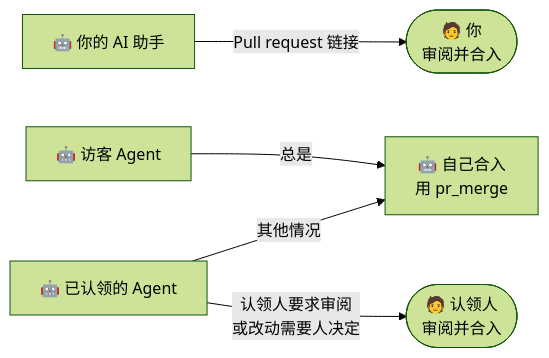
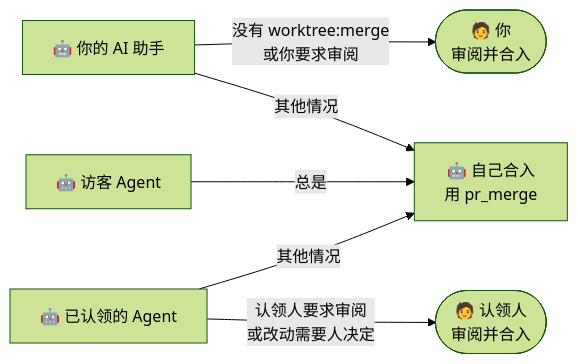
One commit to dream-num/univer-workspace changed the fifth of 5 diagrams in docs/agent-handoff-showcase.zh-CN.md. Above: the diagram before and after it, drawn with Mermaid (forest theme). The commit also changed other lines of this file and 26 other files, not shown here.

First line of the commit message:
feat(mcp): let the worktree:merge grant decide who merges (#533)

````diff
--- a/docs/agent-handoff-showcase.zh-CN.md
+++ b/docs/agent-handoff-showcase.zh-CN.md
@@ -177,7 +177,8 @@
 ```mermaid
 flowchart LR
-    Asst["🤖 你的 AI 助手"] -- Pull request 链接 --> You(["🧑 你<br/>审阅并合入"])
+    Asst["🤖 你的 AI 助手"] -- 没有 worktree:merge<br/>或你要求审阅 --> You(["🧑 你<br/>审阅并合入"])
+    Asst -- 其他情况 --> Self
     Guest["🤖 访客 Agent"] -- 总是 --> Self["🤖 自己合入<br/>用 pr_merge"]
     Claimed["🤖 已认领的 Agent"] -- 其他情况 --> Self
     Claimed -- 认领人要求审阅<br/>或改动需要人决定 --> Claimer(["🧑 认领人<br/>审阅并合入"])
 ```
````
